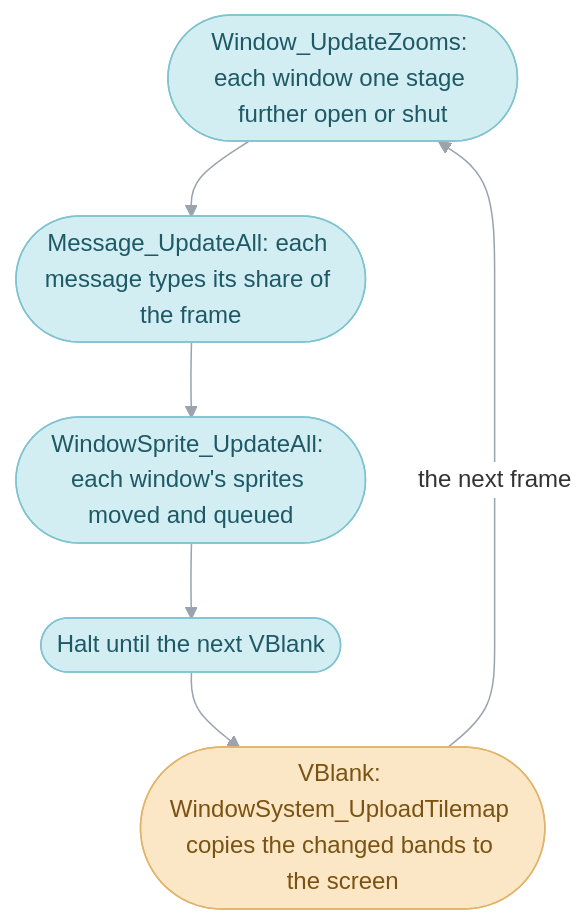
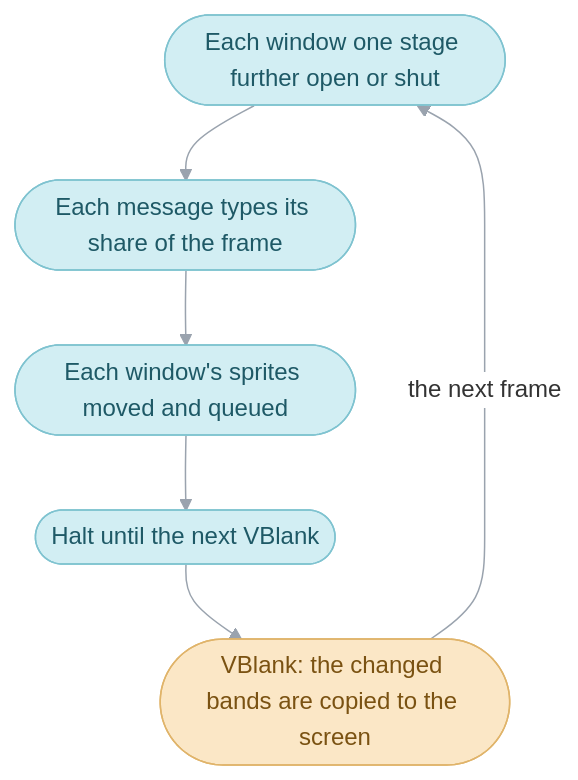
The second of 5 diagrams in games/tbs/src/window/README.md (PascalPixel/alchemy), drawn with Mermaid before and after one commit. The commit also changed other lines of this file and 21 other files, not shown here.

First line of the commit message:
☀️ Docs: each mechanism explained on one page

````diff
--- a/games/tbs/src/window/README.md
+++ b/games/tbs/src/window/README.md
@@ -104,13 +89,13 @@
 ```mermaid
 %%{init: {"theme": "base", "themeVariables": {"lineColor": "#9AA3AE", "edgeLabelBackground": "#FFFFFF"}, "flowchart": {"curve": "basis", "padding": 12}}}%%
 flowchart TD
-  zoom(["Window_UpdateZooms: each window one stage further open or shut"]) --> type(["Message_UpdateAll: each message types its share of the frame"])
-  type --> sprites(["WindowSprite_UpdateAll: each window's sprites moved and queued"])
+  zoom(["Each window one stage further open or shut"]) --> type(["Each message types its share of the frame"])
+  type --> sprites(["Each window's sprites moved and queued"])
   sprites --> halt(["Halt until the next VBlank"])
-  halt --> upload(["VBlank: WindowSystem_UploadTilemap copies the changed bands to the screen"])
+  halt --> upload(["VBlank: the changed bands are copied to the screen"])
   upload -- "the next frame" --> zoom
   classDef frame fill:#D2EEF3,stroke:#7FC3D0,color:#1E5966
   classDef hardware fill:#FBE7C6,stroke:#E0B46A,color:#7A5212
   class zoom,type,sprites,halt frame
   class upload hardware
 ```
````
